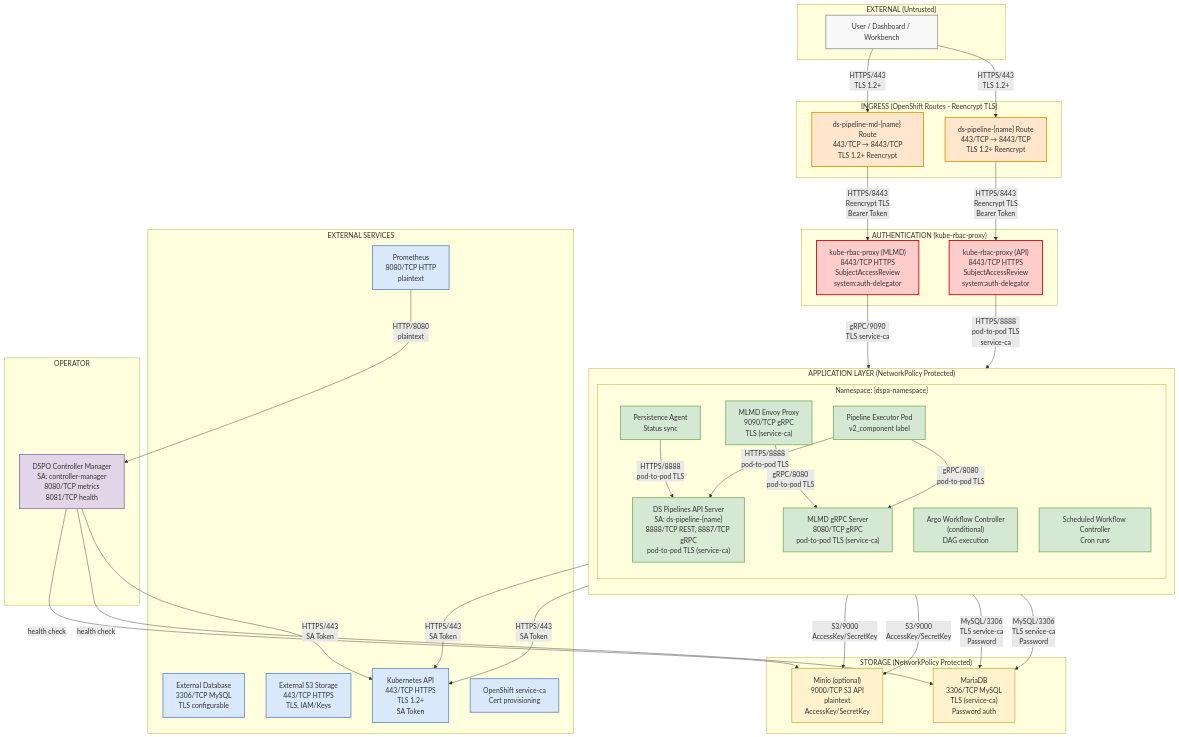
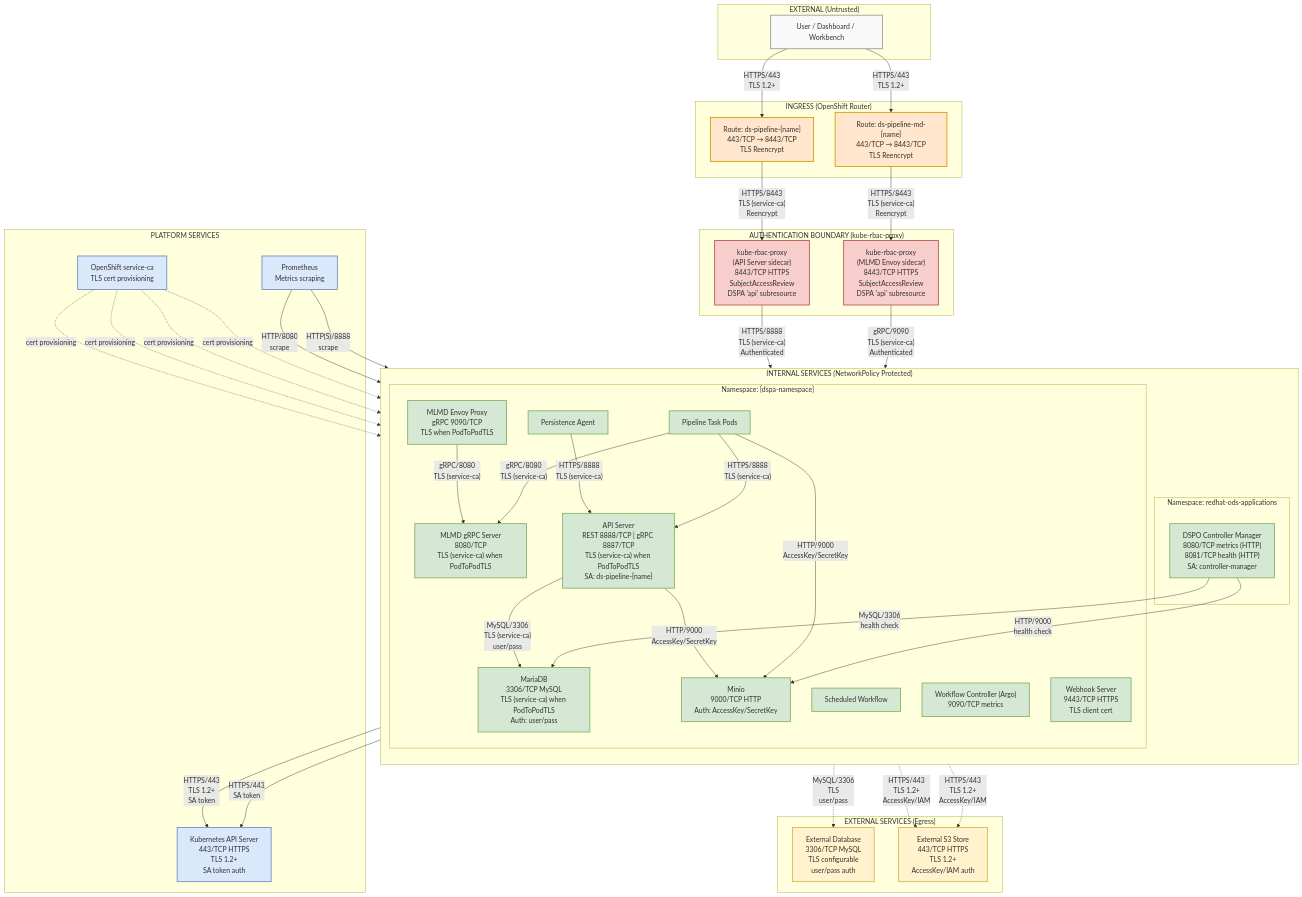
Before and after one commit to rhuss/architecture-context: the diagram in architecture/rhoai-3.4-ea.2/diagrams/data-science-pipelines-operator-security-network.mmd, drawn with Mermaid. The commit also changed 606 other files, not shown here.

```diff
--- a/architecture/rhoai-3.4-ea.2/diagrams/data-science-pipelines-operator-security-network.mmd
+++ b/architecture/rhoai-3.4-ea.2/diagrams/data-science-pipelines-operator-security-network.mmd
@@ -1,97 +1,105 @@
-%% Security Network Diagram - Data Science Pipelines Operator
+%% Data Science Pipelines Operator - Security Network Diagram
 %% Generated by: Claude Opus 4.6
+%% Source: architecture/rhoai-3.4-ea.2/data-science-pipelines-operator.md
 
 graph TB
     subgraph External["EXTERNAL (Untrusted)"]
         User["User / Dashboard / Workbench"]
     end
 
-    subgraph Ingress["INGRESS (OpenShift Routes - Reencrypt TLS)"]
-        APIRoute["ds-pipeline-{name} Route<br/>443/TCP → 8443/TCP<br/>TLS 1.2+ Reencrypt"]
-        MLMDRoute["ds-pipeline-md-{name} Route<br/>443/TCP → 8443/TCP<br/>TLS 1.2+ Reencrypt"]
+    subgraph Ingress["INGRESS (OpenShift Router)"]
+        RouteAPI["Route: ds-pipeline-{name}<br/>443/TCP → 8443/TCP<br/>TLS Reencrypt"]
+        RouteMD["Route: ds-pipeline-md-{name}<br/>443/TCP → 8443/TCP<br/>TLS Reencrypt"]
     end
 
-    subgraph AuthLayer["AUTHENTICATION (kube-rbac-proxy)"]
-        APIProxy["kube-rbac-proxy (API)<br/>8443/TCP HTTPS<br/>SubjectAccessReview<br/>system:auth-delegator"]
-        MLMDProxy["kube-rbac-proxy (MLMD)<br/>8443/TCP HTTPS<br/>SubjectAccessReview<br/>system:auth-delegator"]
+    subgraph AuthBoundary["AUTHENTICATION BOUNDARY (kube-rbac-proxy)"]
+        ProxyAPI["kube-rbac-proxy<br/>(API Server sidecar)<br/>8443/TCP HTTPS<br/>SubjectAccessReview<br/>DSPA 'api' subresource"]
+        ProxyMLMD["kube-rbac-proxy<br/>(MLMD Envoy sidecar)<br/>8443/TCP HTTPS<br/>SubjectAccessReview<br/>DSPA 'api' subresource"]
     end
 
-    subgraph AppLayer["APPLICATION LAYER (NetworkPolicy Protected)"]
+    subgraph Internal["INTERNAL SERVICES (NetworkPolicy Protected)"]
         direction TB
 
         subgraph NS_DSPA["Namespace: {dspa-namespace}"]
-            APIServer["DS Pipelines API Server<br/>SA: ds-pipeline-{name}<br/>8888/TCP REST, 8887/TCP gRPC<br/>pod-to-pod TLS (service-ca)"]
-            ArgoWF["Argo Workflow Controller<br/>(conditional)<br/>DAG execution"]
-            PersistAgent["Persistence Agent<br/>Status sync"]
-            SchedWF["Scheduled Workflow Controller<br/>Cron runs"]
-            MLMDServer["MLMD gRPC Server<br/>8080/TCP gRPC<br/>pod-to-pod TLS (service-ca)"]
-            MLMDEnvoy["MLMD Envoy Proxy<br/>9090/TCP gRPC<br/>TLS (service-ca)"]
-            PipelinePod["Pipeline Executor Pod<br/>v2_component label"]
+            APIServer["API Server<br/>REST 8888/TCP | gRPC 8887/TCP<br/>TLS (service-ca) when PodToPodTLS<br/>SA: ds-pipeline-{name}"]
+            MLMDEnvoy["MLMD Envoy Proxy<br/>gRPC 9090/TCP<br/>TLS when PodToPodTLS"]
+            MLMDgRPC["MLMD gRPC Server<br/>8080/TCP<br/>TLS (service-ca) when PodToPodTLS"]
+            MariaDB["MariaDB<br/>3306/TCP MySQL<br/>TLS (service-ca) when PodToPodTLS<br/>Auth: user/pass"]
+            Minio["Minio<br/>9000/TCP HTTP<br/>Auth: AccessKey/SecretKey"]
+            PersAgent["Persistence Agent"]
+            SchedWF["Scheduled Workflow"]
+            WFCtrl["Workflow Controller (Argo)<br/>9090/TCP metrics"]
+            Webhook["Webhook Server<br/>9443/TCP HTTPS<br/>TLS client cert"]
+            TaskPod["Pipeline Task Pods"]
+        end
+
+        subgraph NS_Operator["Namespace: redhat-ods-applications"]
+            DSPOCtrl["DSPO Controller Manager<br/>8080/TCP metrics (HTTP)<br/>8081/TCP health (HTTP)<br/>SA: controller-manager"]
         end
     end
 
-    subgraph StorageLayer["STORAGE (NetworkPolicy Protected)"]
-        MariaDB["MariaDB<br/>3306/TCP MySQL<br/>TLS (service-ca)<br/>Password auth"]
-        Minio["Minio (optional)<br/>9000/TCP S3 API<br/>plaintext<br/>AccessKey/SecretKey"]
+    subgraph Platform["PLATFORM SERVICES"]
+        K8sAPI["Kubernetes API Server<br/>443/TCP HTTPS<br/>TLS 1.2+<br/>SA token auth"]
+        ServiceCA["OpenShift service-ca<br/>TLS cert provisioning"]
+        Prometheus["Prometheus<br/>Metrics scraping"]
     end
 
-    subgraph ExternalSvc["EXTERNAL SERVICES"]
-        ExtDB["External Database<br/>3306/TCP MySQL<br/>TLS configurable"]
-        ExtS3["External S3 Storage<br/>443/TCP HTTPS<br/>TLS, IAM/Keys"]
-        K8sAPI["Kubernetes API<br/>443/TCP HTTPS<br/>TLS 1.2+<br/>SA Token"]
-        ServiceCA["OpenShift service-ca<br/>Cert provisioning"]
-        Prometheus["Prometheus<br/>8080/TCP HTTP<br/>plaintext"]
+    subgraph ExternalSvc["EXTERNAL SERVICES (Egress)"]
+        ExtDB["External Database<br/>3306/TCP MySQL<br/>TLS configurable<br/>user/pass auth"]
+        ExtS3["External S3 Store<br/>443/TCP HTTPS<br/>TLS 1.2+<br/>AccessKey/IAM auth"]
     end
 
-    subgraph Operator["OPERATOR"]
-        DSPOCtrl["DSPO Controller Manager<br/>SA: controller-manager<br/>8080/TCP metrics<br/>8081/TCP health"]
-    end
+    %% External → Ingress
+    User -->|"HTTPS/443<br/>TLS 1.2+"| RouteAPI
+    User -->|"HTTPS/443<br/>TLS 1.2+"| RouteMD
 
-    %% External flows
-    User -->|"HTTPS/443<br/>TLS 1.2+"| APIRoute
-    User -->|"HTTPS/443<br/>TLS 1.2+"| MLMDRoute
+    %% Ingress → Auth
+    RouteAPI -->|"HTTPS/8443<br/>TLS (service-ca)<br/>Reencrypt"| ProxyAPI
+    RouteMD -->|"HTTPS/8443<br/>TLS (service-ca)<br/>Reencrypt"| ProxyMLMD
 
-    %% Ingress to auth
-    APIRoute -->|"HTTPS/8443<br/>Reencrypt TLS<br/>Bearer Token"| APIProxy
-    MLMDRoute -->|"HTTPS/8443<br/>Reencrypt TLS<br/>Bearer Token"| MLMDProxy
-
-    %% Auth to app
-    APIProxy -->|"HTTPS/8888<br/>pod-to-pod TLS<br/>service-ca"| APIServer
-    MLMDProxy -->|"gRPC/9090<br/>TLS service-ca"| MLMDEnvoy
+    %% Auth → Internal
+    ProxyAPI -->|"HTTPS/8888<br/>TLS (service-ca)<br/>Authenticated"| APIServer
+    ProxyMLMD -->|"gRPC/9090<br/>TLS (service-ca)<br/>Authenticated"| MLMDEnvoy
 
     %% Internal flows
-    MLMDEnvoy -->|"gRPC/8080<br/>pod-to-pod TLS"| MLMDServer
-    PersistAgent -->|"HTTPS/8888<br/>pod-to-pod TLS"| APIServer
-    PipelinePod -->|"HTTPS/8888<br/>pod-to-pod TLS"| APIServer
-    PipelinePod -->|"gRPC/8080<br/>pod-to-pod TLS"| MLMDServer
+    MLMDEnvoy -->|"gRPC/8080<br/>TLS (service-ca)"| MLMDgRPC
+    APIServer -->|"MySQL/3306<br/>TLS (service-ca)<br/>user/pass"| MariaDB
+    APIServer -->|"HTTP/9000<br/>AccessKey/SecretKey"| Minio
+    PersAgent -->|"HTTPS/8888<br/>TLS (service-ca)"| APIServer
+    TaskPod -->|"HTTPS/8888<br/>TLS (service-ca)"| APIServer
+    TaskPod -->|"gRPC/8080<br/>TLS (service-ca)"| MLMDgRPC
+    TaskPod -->|"HTTP/9000<br/>AccessKey/SecretKey"| Minio
 
-    %% Storage flows
-    APIServer -->|"MySQL/3306<br/>TLS service-ca<br/>Password"| MariaDB
-    MLMDServer -->|"MySQL/3306<br/>TLS service-ca<br/>Password"| MariaDB
-    APIServer -->|"S3/9000<br/>AccessKey/SecretKey"| Minio
-    PipelinePod -->|"S3/9000<br/>AccessKey/SecretKey"| Minio
+    %% Operator flows
+    DSPOCtrl -->|"HTTPS/443<br/>TLS 1.2+<br/>SA token"| K8sAPI
+    DSPOCtrl -->|"MySQL/3306<br/>health check"| MariaDB
+    DSPOCtrl -->|"HTTP/9000<br/>health check"| Minio
 
-    %% External service flows
-    ArgoWF -->|"HTTPS/443<br/>SA Token"| K8sAPI
-    PersistAgent -->|"HTTPS/443<br/>SA Token"| K8sAPI
-    DSPOCtrl -->|"HTTPS/443<br/>SA Token"| K8sAPI
-    DSPOCtrl -->|"health check"| MariaDB
-    DSPOCtrl -->|"health check"| Minio
-    Prometheus -->|"HTTP/8080<br/>plaintext"| DSPOCtrl
+    %% Platform flows
+    ServiceCA -.->|"cert provisioning"| APIServer
+    ServiceCA -.->|"cert provisioning"| MLMDEnvoy
+    ServiceCA -.->|"cert provisioning"| MLMDgRPC
+    ServiceCA -.->|"cert provisioning"| MariaDB
+    Prometheus -->|"HTTP/8080<br/>scrape"| DSPOCtrl
+    Prometheus -->|"HTTP(S)/8888<br/>scrape"| APIServer
+    WFCtrl -->|"HTTPS/443<br/>SA token"| K8sAPI
+
+    %% External egress
+    APIServer -.->|"MySQL/3306<br/>TLS<br/>user/pass"| ExtDB
+    APIServer -.->|"HTTPS/443<br/>TLS 1.2+<br/>AccessKey/IAM"| ExtS3
+    TaskPod -.->|"HTTPS/443<br/>TLS 1.2+<br/>AccessKey/IAM"| ExtS3
 
     %% Styling
     classDef external fill:#f9f9f9,stroke:#999,stroke-width:2px
     classDef ingress fill:#ffe6cc,stroke:#d79b00,stroke-width:2px
-    classDef auth fill:#ffcccc,stroke:#cc0000,stroke-width:2px
-    classDef app fill:#d5e8d4,stroke:#82b366,stroke-width:2px
-    classDef storage fill:#fff2cc,stroke:#d6b656,stroke-width:2px
-    classDef externalsvc fill:#dae8fc,stroke:#6c8ebf,stroke-width:2px
-    classDef operator fill:#e1d5e7,stroke:#9673a6,stroke-width:2px
+    classDef auth fill:#f8cecc,stroke:#b85450,stroke-width:2px
+    classDef internal fill:#d5e8d4,stroke:#82b366,stroke-width:2px
+    classDef platform fill:#dae8fc,stroke:#6c8ebf,stroke-width:2px
+    classDef externalservice fill:#fff2cc,stroke:#d6b656,stroke-width:2px
 
     class User external
-    class APIRoute,MLMDRoute ingress
-    class APIProxy,MLMDProxy auth
-    class APIServer,ArgoWF,PersistAgent,SchedWF,MLMDServer,MLMDEnvoy,PipelinePod app
-    class MariaDB,Minio storage
-    class ExtDB,ExtS3,K8sAPI,ServiceCA,Prometheus externalsvc
-    class DSPOCtrl operator
+    class RouteAPI,RouteMD ingress
+    class ProxyAPI,ProxyMLMD auth
+    class APIServer,MLMDEnvoy,MLMDgRPC,MariaDB,Minio,PersAgent,SchedWF,WFCtrl,Webhook,TaskPod,DSPOCtrl internal
+    class K8sAPI,ServiceCA,Prometheus platform
+    class ExtDB,ExtS3 externalservice
```
